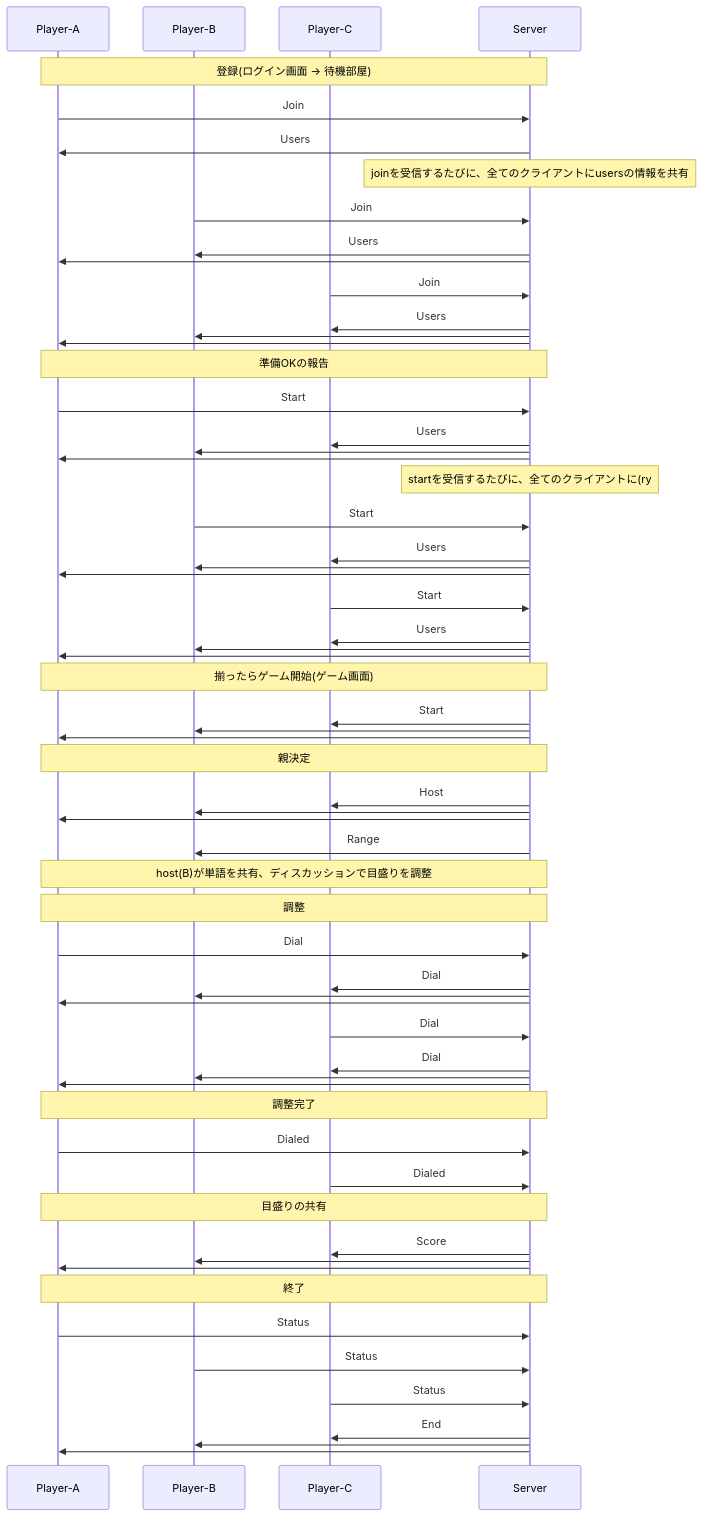
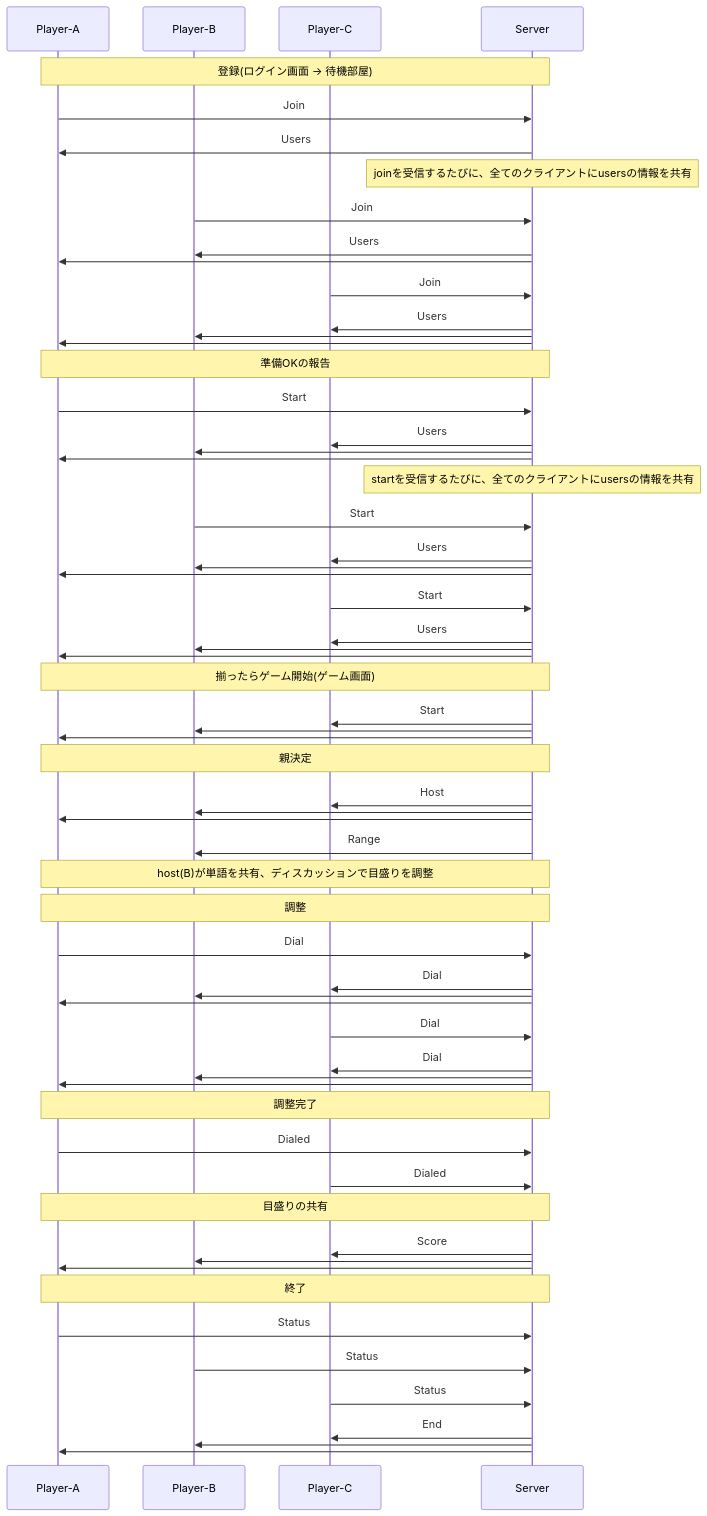
The diagram in wavelength/api.md (we-can-panic/nimgame), drawn with Mermaid before and after one commit. The commit also changed other lines of this file, not shown here.

````diff
--- a/wavelength/api.md
+++ b/wavelength/api.md
@@ -174,66 +175,66 @@
 ```mermaid
 sequenceDiagram
   participant A as Player-A
   participant B as Player-B
   participant C as Player-C
   participant S as Server
   Note over A, S: 登録(ログイン画面 → 待機部屋)
   A ->> S: Join
   S ->> A: Users
   Note over S: joinを受信するたびに、全てのクライアントにusersの情報を共有
   B ->> S: Join
   S ->> B: Users
   S ->> A: 
   C ->> S: Join
   S ->> C: Users
   S ->> B: 
   S ->> A: 
   Note over A, S: 準備OKの報告
   A ->> S: Start
   S ->> C: Users
   S ->> B: 
   S ->> A: 
-  Note over S: startを受信するたびに、全てのクライアントに(ry
+  Note over S: startを受信するたびに、全てのクライアントにusersの情報を共有
   B ->> S: Start
   S ->> C: Users
   S ->> B: 
   S ->> A: 
   C ->> S: Start
   S ->> C: Users
   S ->> B: 
   S ->> A: 
   Note over A, S: 揃ったらゲーム開始(ゲーム画面)
   S ->> C: Start
   S ->> B: 
   S ->> A: 
   Note over A, S: 親決定
   S ->> C: Host
   S ->> B: 
   S ->> A: 
   S ->> B: Range
   Note over A, S: host(B)が単語を共有、ディスカッションで目盛りを調整
   Note over A, S: 調整
   A ->> S: Dial
   S ->> C: Dial
   S ->> B: 
   S ->> A: 
   C ->> S: Dial
   S ->> C: Dial
   S ->> B: 
   S ->> A: 
   Note over A, S: 調整完了
   A ->> S: Dialed
   C ->> S: Dialed
   Note over A, S: 目盛りの共有
   S ->> C: Score
   S ->> B: 
   S ->> A: 
   Note over A, S: 終了
   A ->> S: Status
   B ->> S: Status
   C ->> S: Status
   S ->> C: End
   S ->> B: 
   S ->> A: 
 
 ```
````
